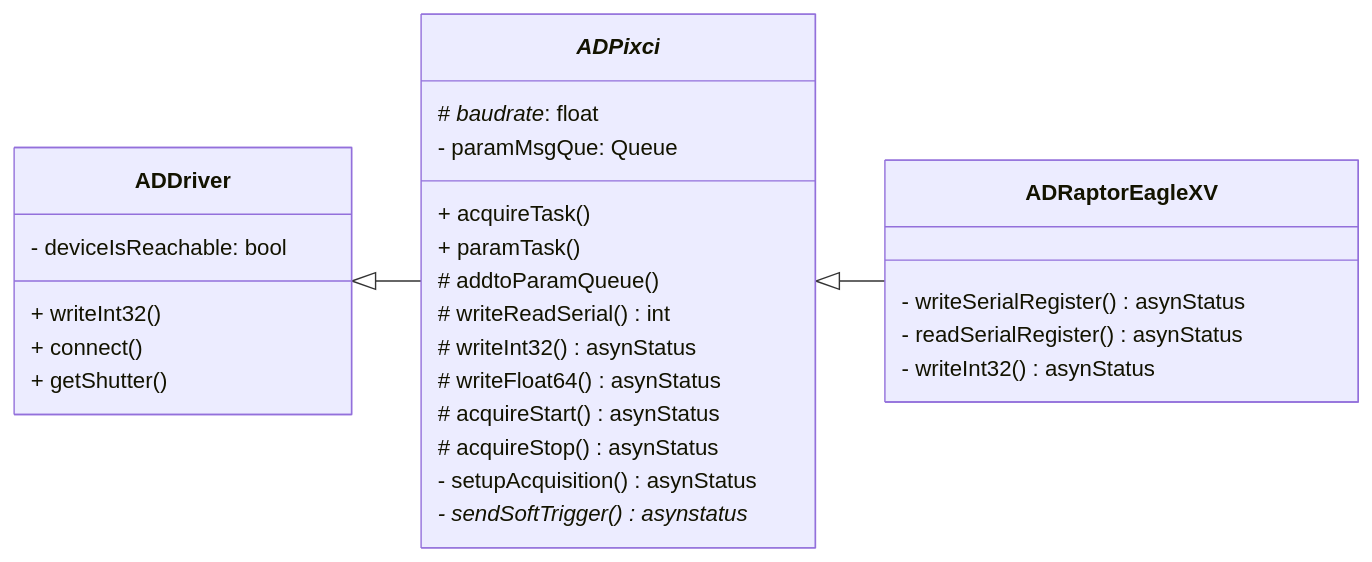
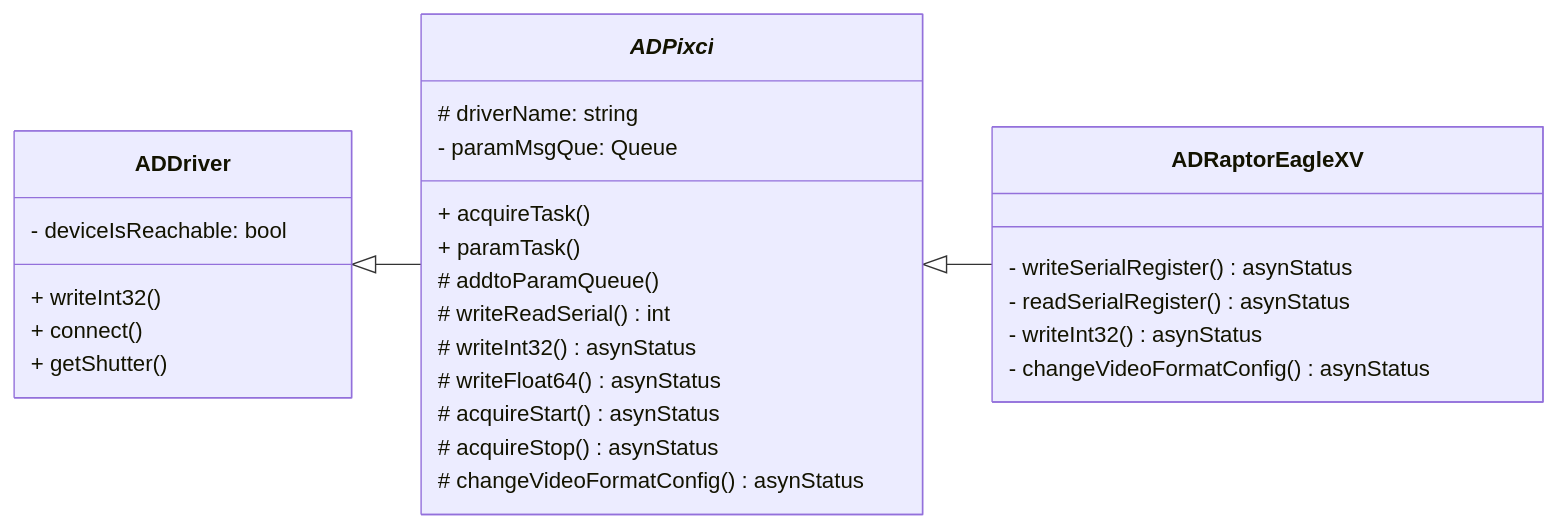
Before and after one commit to CentralLaserFacility/ADPixci: the diagram in README.md, drawn with Mermaid. The commit also changed other lines of this file and 7 other files, not shown here.

````diff
--- a/README.md
+++ b/README.md
@@ -28,32 +28,32 @@
 ```mermaid
 classDiagram
     direction LR
     ADDriver <|-- ADPixci
     ADPixci <|-- ADRaptorEagleXV
     class ADDriver{
         - deviceIsReachable: bool
         + writeInt32()
         + connect()
         + getShutter()
     }
     class ADPixci["*ADPixci*"]{
-        # *baudrate*: float
+        # driverName: string
         - paramMsgQue: Queue
         + acquireTask()
         + paramTask()
         # addtoParamQueue()
         # writeReadSerial() int
         # writeInt32() asynStatus
         # writeFloat64() asynStatus
         # acquireStart() asynStatus
         # acquireStop() asynStatus
-        - setupAcquisition() asynStatus
-        - sendSoftTrigger()* asynstatus
+        # changeVideoFormatConfig() asynStatus
     }
     class ADRaptorEagleXV{
         - writeSerialRegister() asynStatus
         - readSerialRegister() asynStatus
         - writeInt32() asynStatus
+        - changeVideoFormatConfig() asynStatus
     }
     click ADDriver href "https://areadetector.github.io/areaDetector/ADCore/ADDriver.html" "ADDriver documentation"
 ```
````
